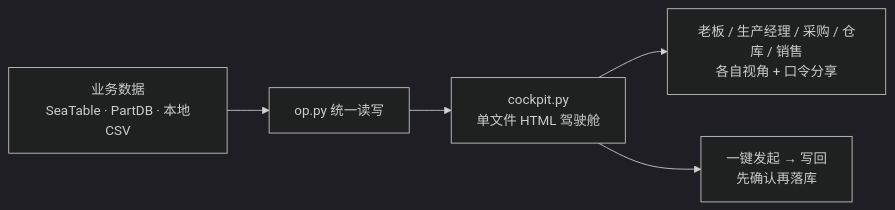
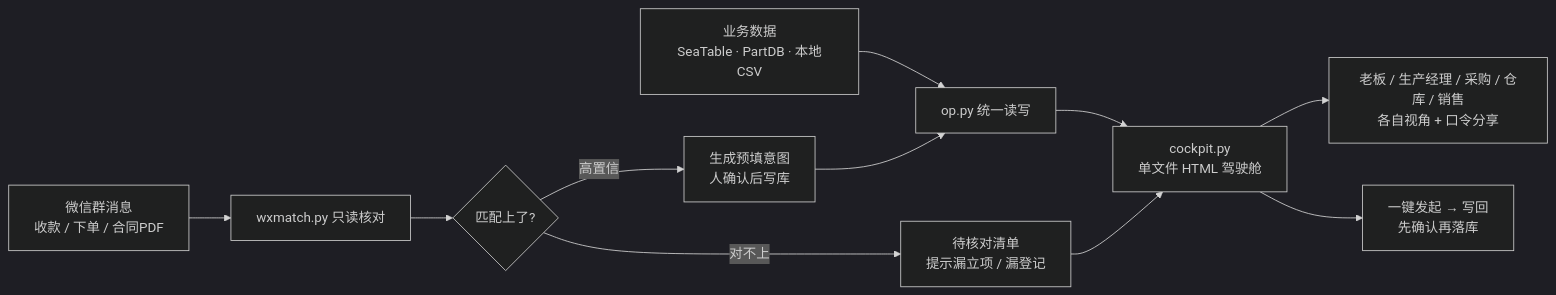
The diagram in expert/production-cockpit/skills/seatable-production/README.md (Darling5/seatable-production), drawn with Mermaid (dark theme) before and after one commit. The commit also changed other lines of this file and 3 other files, not shown here.

````diff
--- a/expert/production-cockpit/skills/seatable-production/README.md
+++ b/expert/production-cockpit/skills/seatable-production/README.md
@@ -131,7 +132,13 @@
 ```mermaid
 flowchart LR
     A[业务数据<br/>SeaTable · PartDB · 本地CSV] --> B[op.py 统一读写]
     B --> C[cockpit.py<br/>单文件 HTML 驾驶舱]
     C --> D[老板 / 生产经理 / 采购 / 仓库 / 销售<br/>各自视角 + 口令分享]
     C --> E[一键发起 → 写回<br/>先确认再落库]
+    F[微信群消息<br/>收款 / 下单 / 合同PDF] --> G[wxmatch.py 只读核对]
+    G --> H{匹配上了?}
+    H -- 高置信 --> I[生成预填意图<br/>人确认后写库]
+    H -- 对不上 --> J[待核对清单<br/>提示漏立项 / 漏登记]
+    I --> B
+    J --> C
 ```
````
